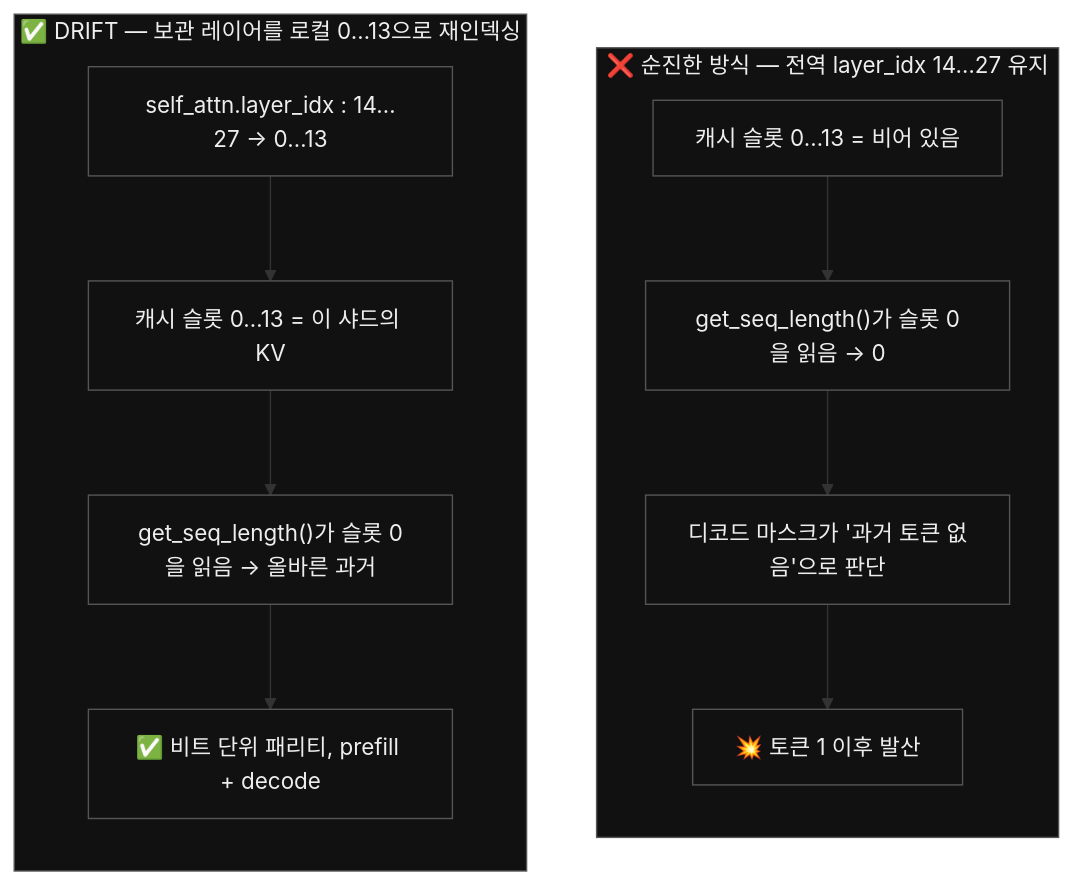
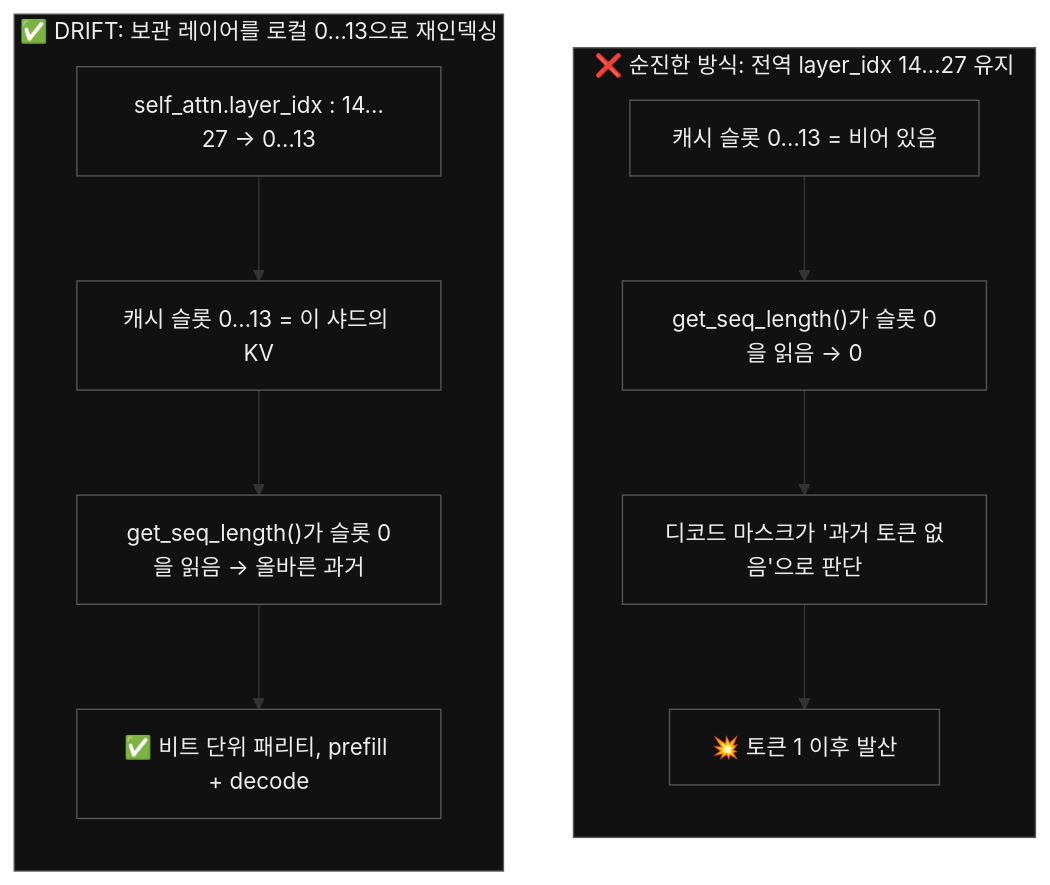
One commit to TaewoooPark/DRIFT changed the second of 4 diagrams in README.ko.md. Above: the diagram before and after it, drawn with Mermaid. The commit also changed other lines of this file, not shown here.

````diff
--- a/README.ko.md
+++ b/README.ko.md
@@ -174,17 +174,17 @@
 ```mermaid
 flowchart TB
-    subgraph BUG["❌ 순진한 방식 — 전역 layer_idx 14…27 유지"]
+    subgraph BUG["❌ 순진한 방식: 전역 layer_idx 14…27 유지"]
         direction TB
         b1["캐시 슬롯 0…13 = 비어 있음"] --> b2["get_seq_length()가 슬롯 0을 읽음 → 0"]
         b2 --> b3["디코드 마스크가 '과거 토큰 없음'으로 판단"]
         b3 --> b4["💥 토큰 1 이후 발산"]
     end
-    subgraph FIX["✅ DRIFT — 보관 레이어를 로컬 0…13으로 재인덱싱"]
+    subgraph FIX["✅ DRIFT: 보관 레이어를 로컬 0…13으로 재인덱싱"]
         direction TB
         f1["self_attn.layer_idx : 14…27 → 0…13"] --> f2["캐시 슬롯 0…13 = 이 샤드의 KV"]
         f2 --> f3["get_seq_length()가 슬롯 0을 읽음 → 올바른 과거"]
         f3 --> f4["✅ 비트 단위 패리티, prefill + decode"]
     end
     classDef n fill:#111,stroke:#555,color:#eee;
     class BUG,FIX,b1,b2,b3,b4,f1,f2,f3,f4 n;
 ```
````
